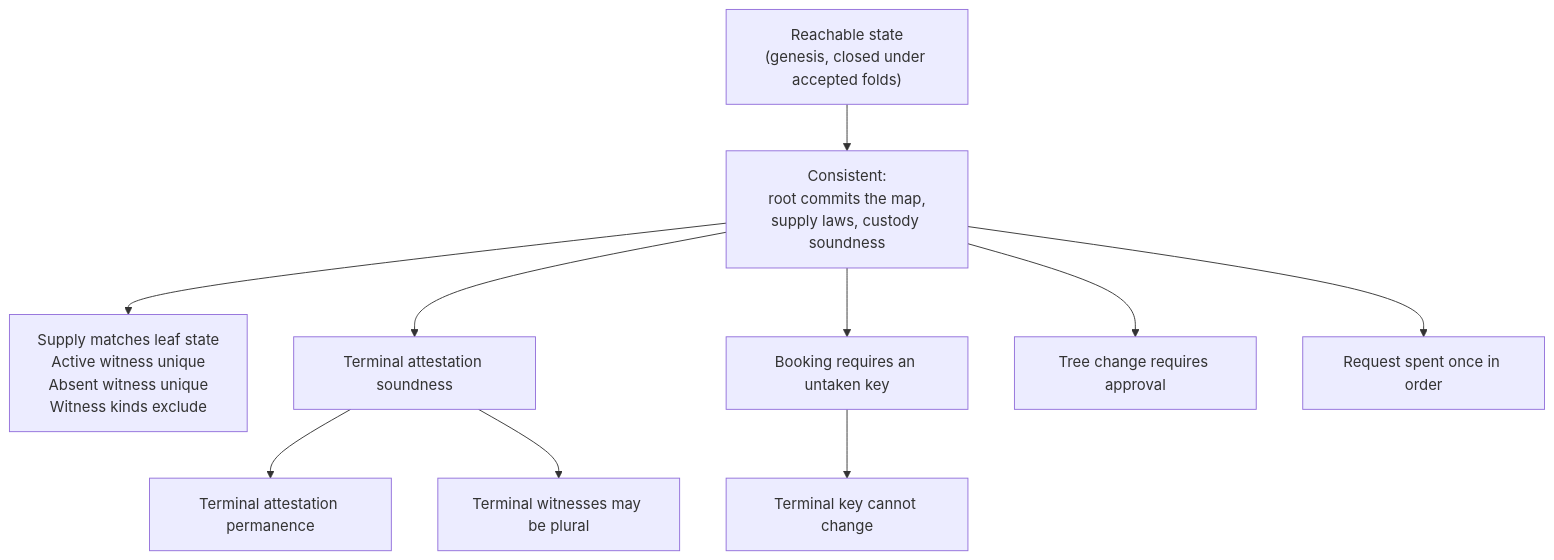
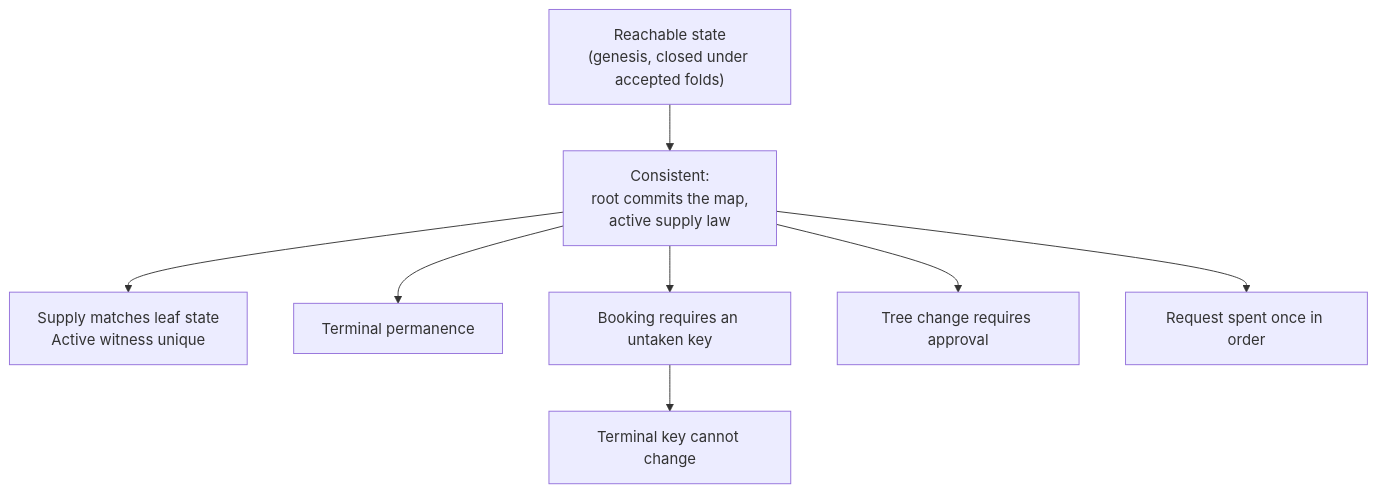
One commit to lambdasistemi/singular changed the diagram in docs/theorems.md. Above: the diagram before and after it, drawn with Mermaid. The commit also changed other lines of this file and 66 other files, not shown here.

````diff
--- a/docs/theorems.md
+++ b/docs/theorems.md
@@ -23,12 +23,10 @@
 ```mermaid
 flowchart TD
-    G["Reachable state<br/>(genesis, closed under accepted folds)"] --> C["Consistent:<br/>root commits the map,<br/>supply laws, custody soundness"]
-    C --> S3["Supply matches leaf state<br/>Active witness unique<br/>Absent witness unique<br/>Witness kinds exclude"]
-    C --> S1["Terminal attestation soundness"]
-    S1 --> S2["Terminal attestation permanence"]
+    G["Reachable state<br/>(genesis, closed under accepted folds)"] --> C["Consistent:<br/>root commits the map,<br/>active supply law"]
+    C --> S3["Supply matches leaf state<br/>Active witness unique"]
+    C --> S2["Terminal permanence"]
     C --> O1["Booking requires an untaken key"]
     O1 --> T1["Terminal key cannot change"]
     C --> P1["Tree change requires approval"]
     C --> L1["Request spent once in order"]
-    S1 --> W3["Terminal witnesses may be plural"]
 ```
````
